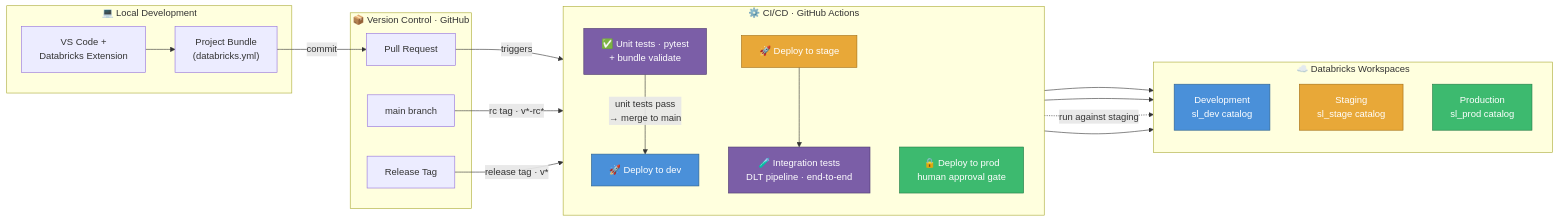
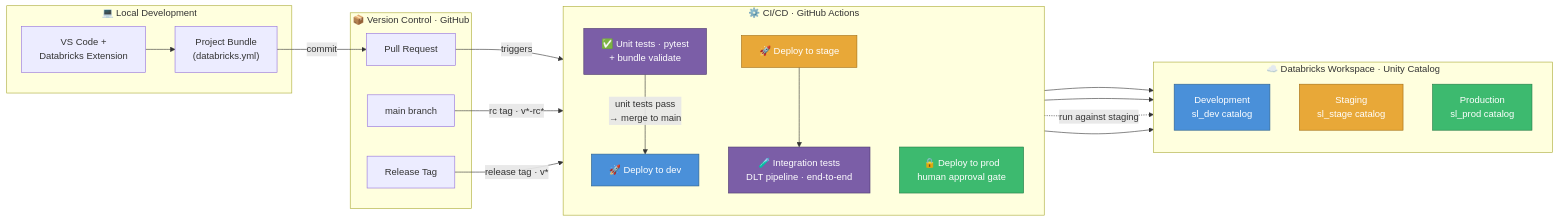
One commit to schmucas/databricks_de_professional_practice changed the first of 5 diagrams in README.md. Above: the diagram before and after it, drawn with Mermaid. The commit also changed other lines of this file and 1 other file, not shown here.

````diff
--- a/README.md
+++ b/README.md
@@ -74,52 +35,52 @@
 ```mermaid
 flowchart LR
     subgraph dev_env["💻 Local Development"]
         IDE["VS Code +<br/>Databricks Extension"]
         BUNDLE["Project Bundle<br/>(databricks.yml)"]
     end
 
     subgraph vcs["📦 Version Control · GitHub"]
         PR["Pull Request"]
         MAIN["main branch"]
         TAG["Release Tag"]
     end
 
     subgraph cicd["⚙️ CI/CD · GitHub Actions"]
         direction TB
         CHECK["✅ Unit tests · pytest<br/>+ bundle validate"]
         DEPLOY_DEV["🚀 Deploy to dev"]
         DEPLOY_STG["🚀 Deploy to stage"]
         ITEST["🧪 Integration tests<br/>DLT pipeline · end-to-end"]
         DEPLOY_PRD["🔒 Deploy to prod<br/>human approval gate"]
     end
 
-    subgraph dbx["☁️ Databricks Workspaces"]
+    subgraph dbx["☁️ Databricks Workspace · Unity Catalog"]
         direction TB
         DEV["Development<br/>sl_dev catalog"]
         STG["Staging<br/>sl_stage catalog"]
         PRD["Production<br/>sl_prod catalog"]
     end
 
     IDE --> BUNDLE
     BUNDLE -->|"commit"| PR
     PR -->|"triggers"| CHECK
     CHECK -->|"unit tests pass<br/>→ merge to main"| DEPLOY_DEV
     MAIN -->|"rc tag · v*-rc*"| DEPLOY_STG
     DEPLOY_STG --> ITEST
     TAG -->|"release tag · v*"| DEPLOY_PRD
 
     DEPLOY_DEV --> DEV
     DEPLOY_STG --> STG
     ITEST -.->|"run against staging"| STG
     DEPLOY_PRD --> PRD
 
     classDef dev   fill:#4a90d9,stroke:#2c5f8a,color:#fff
     classDef stage fill:#e8a838,stroke:#a06b10,color:#fff
     classDef prod  fill:#3dba6f,stroke:#217a44,color:#fff
     classDef test  fill:#7b5ea7,stroke:#4e3a6e,color:#fff
 
     class DEPLOY_DEV,DEV dev
     class DEPLOY_STG,STG stage
     class DEPLOY_PRD,PRD prod
     class CHECK,ITEST test
 ```
````
